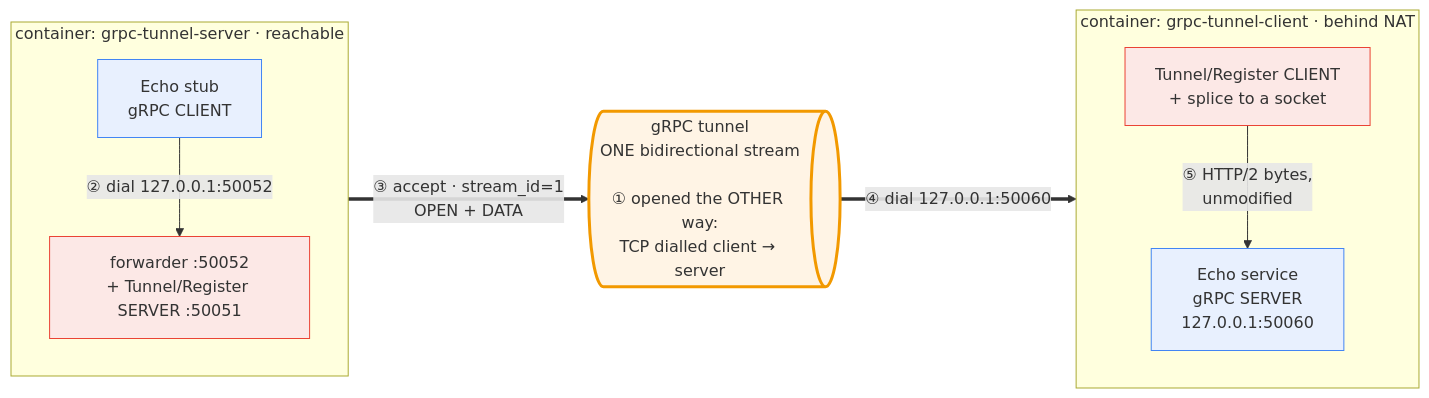
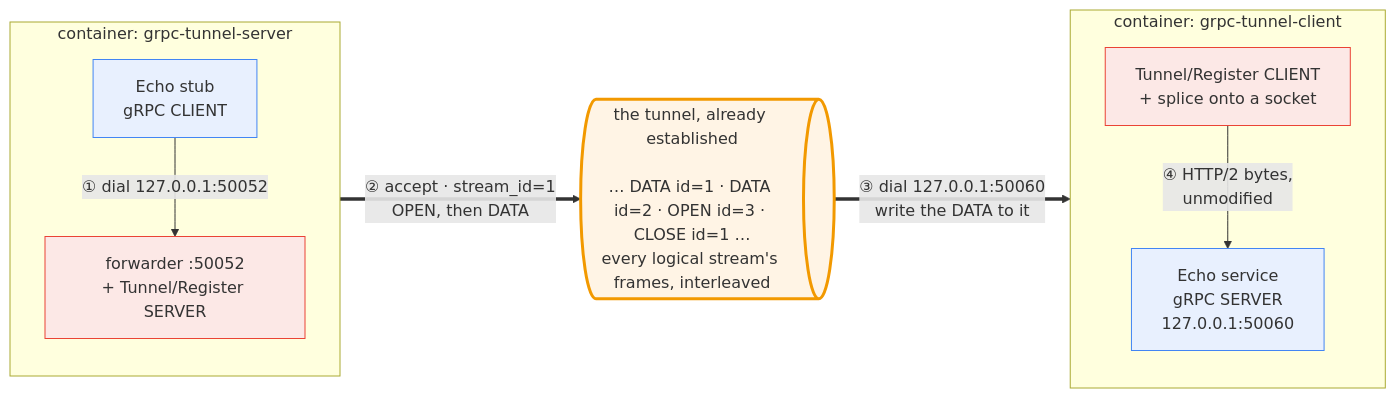
The second of 4 diagrams in grpc-tunnel/README.md (naushada/zero-touch), drawn with Mermaid before and after one commit. The commit also changed other lines of this file, not shown here.

````diff
--- a/grpc-tunnel/README.md
+++ b/grpc-tunnel/README.md
@@ -35,27 +65,27 @@
 ```mermaid
 flowchart LR
-    subgraph SRV["container: grpc-tunnel-server · reachable"]
+    subgraph SRV["container: grpc-tunnel-server"]
         direction TB
         APPC["Echo stub<br/>gRPC CLIENT"]
-        EDGS["forwarder :50052<br/>+ Tunnel/Register SERVER :50051"]
-        APPC -->|"② dial 127.0.0.1:50052"| EDGS
+        EDGS["forwarder :50052<br/>+ Tunnel/Register SERVER"]
+        APPC -->|"① dial 127.0.0.1:50052"| EDGS
     end
 
-    TUN@{ shape: h-cyl, label: "gRPC tunnel<br/>ONE bidirectional stream<br/> <br/>① opened the OTHER way:<br/>TCP dialled client → server" }
+    TUN@{ shape: h-cyl, label: "the tunnel, already established<br/> <br/>… DATA id=1 · DATA id=2 · OPEN id=3 · CLOSE id=1 …<br/>every logical stream's frames, interleaved" }
 
-    subgraph CLI["container: grpc-tunnel-client · behind NAT"]
+    subgraph CLI["container: grpc-tunnel-client"]
         direction TB
-        EDGC["Tunnel/Register CLIENT<br/>+ splice to a socket"]
+        EDGC["Tunnel/Register CLIENT<br/>+ splice onto a socket"]
         APPS["Echo service<br/>gRPC SERVER<br/>127.0.0.1:50060"]
-        EDGC -->|"⑤ HTTP/2 bytes,<br/>unmodified"| APPS
+        EDGC -->|"④ HTTP/2 bytes,<br/>unmodified"| APPS
     end
 
-    EDGS ==>|"③ accept · stream_id=1<br/>OPEN + DATA"| TUN
-    TUN ==>|"④ dial 127.0.0.1:50060"| EDGC
+    EDGS ==>|"② accept · stream_id=1<br/>OPEN, then DATA"| TUN
+    TUN ==>|"③ dial 127.0.0.1:50060<br/>write the DATA to it"| EDGC
 
     style TUN fill:#fff4e5,stroke:#f29900,stroke-width:3px
     style APPC fill:#e8f0fe,stroke:#4285f4
     style APPS fill:#e8f0fe,stroke:#4285f4
     style EDGS fill:#fce8e6,stroke:#ea4335
     style EDGC fill:#fce8e6,stroke:#ea4335
 ```
````
